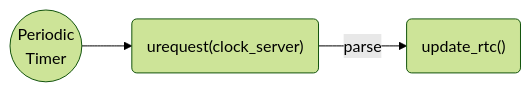
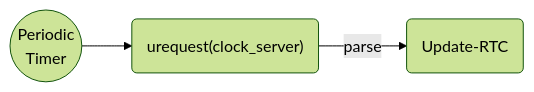
One commit to Trappy-Scopes/pico-incubator changed the fifth of 8 diagrams in README.md. Above: the diagram before and after it, drawn with Mermaid (forest theme). The commit also changed other lines of this file and 16 other files, not shown here.

````diff
--- a/README.md
+++ b/README.md
@@ -87,4 +117,4 @@
 ```mermaid
 graph LR
-	RTim1((Periodic<br>Timer)) --> ureq("urequest(clock_server)") --parse--> urtc("update_rtc()")
+	RTim1((Periodic<br>Timer)) --> ureq("urequest(clock_server)") --parse--> urtc("Update-RTC")
 ```
````
